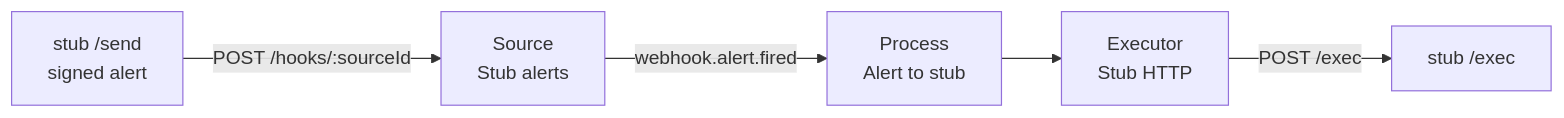
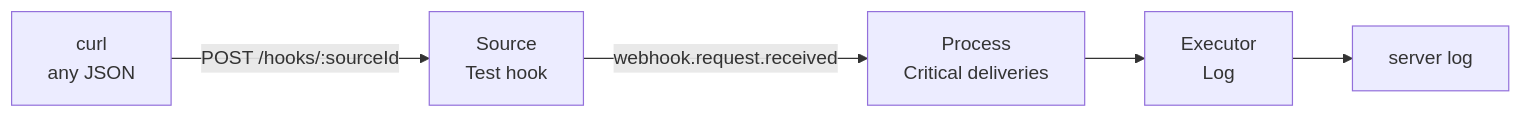
One commit to ilyavolodin/ai-switchboard changed the diagram in docs/quick-start.md. Above: the diagram before and after it, drawn with Mermaid. The commit also changed other lines of this file and 3 other files, not shown here.

````diff
--- a/docs/quick-start.md
+++ b/docs/quick-start.md
@@ -9,7 +9,7 @@
 ```mermaid
 flowchart LR
-  STUB1[stub /send<br/>signed alert] -->|POST /hooks/:sourceId| SRC[Source<br/>Stub alerts]
-  SRC -->|webhook.alert.fired| PROC[Process<br/>Alert to stub]
-  PROC --> EXE[Executor<br/>Stub HTTP]
-  EXE -->|POST /exec| STUB2[stub /exec]
+  CURL[curl<br/>any JSON] -->|POST /hooks/:sourceId| SRC[Source<br/>Test hook]
+  SRC -->|webhook.request.received| PROC[Process<br/>Critical deliveries]
+  PROC --> EXE[Executor<br/>Log]
+  EXE --> LOG[server log]
 ```
````
